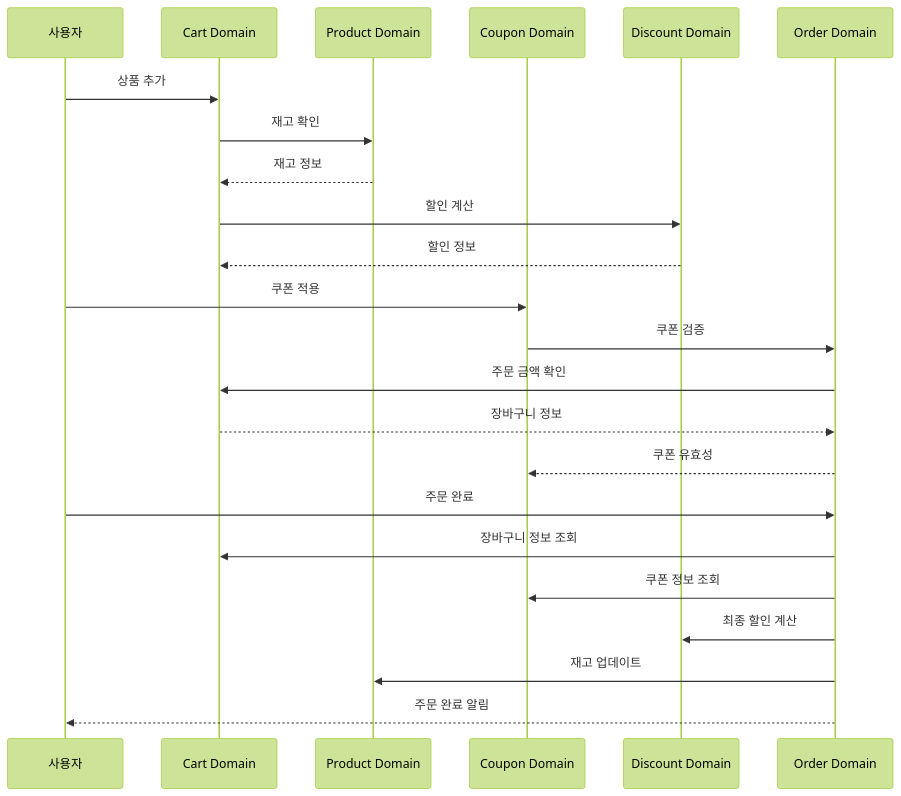
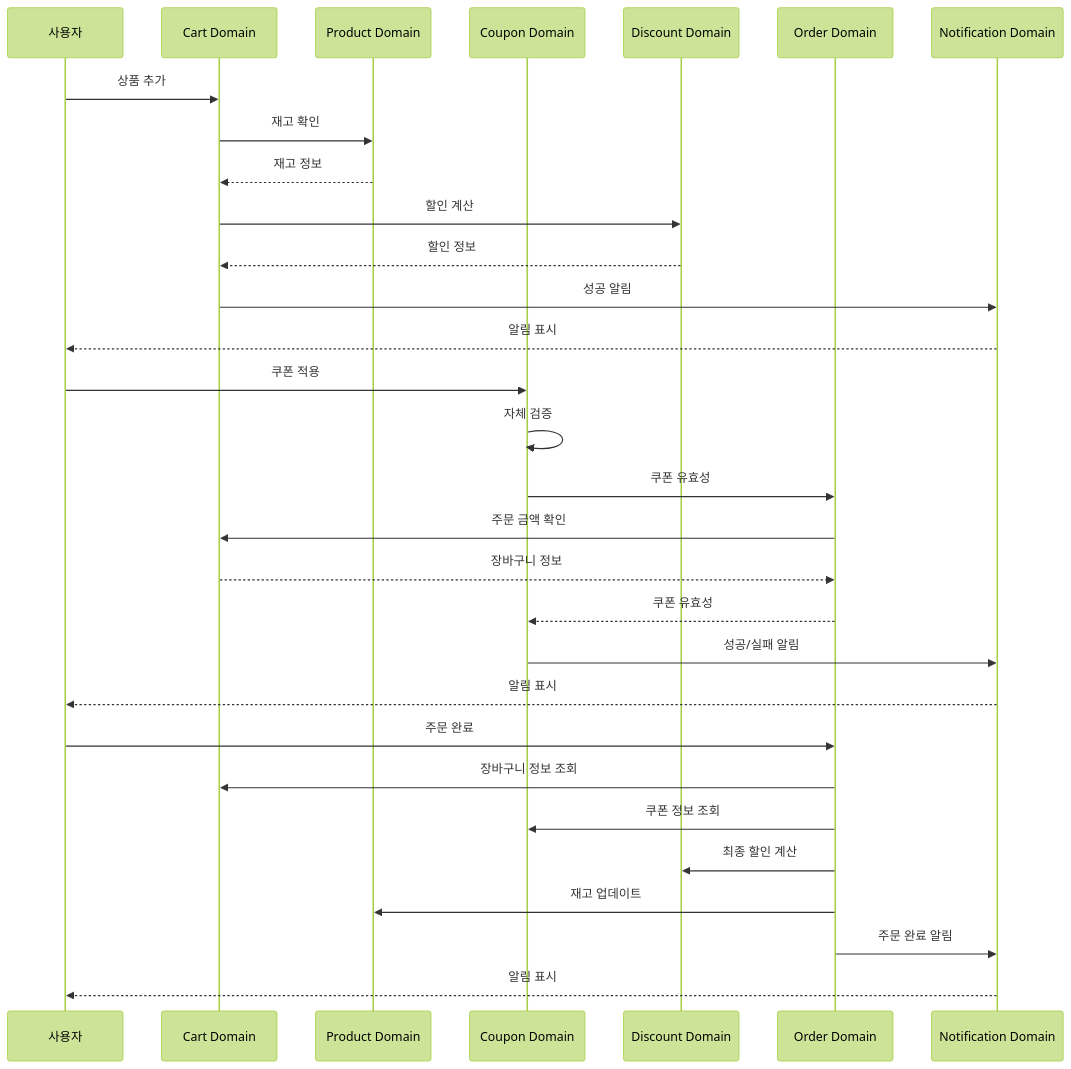
Before and after one commit to BBAK-jun/front_6th_chapter2-2: the second of 4 diagrams in docs/bounded-context-analysis.md, drawn with Mermaid (forest theme). The commit also changed other lines of this file and 1 other file, not shown here.

````diff
--- a/docs/bounded-context-analysis.md
+++ b/docs/bounded-context-analysis.md
@@ -254,25 +306,35 @@
 ```mermaid
 sequenceDiagram
     participant U as 사용자
     participant C as Cart Domain
     participant P as Product Domain
     participant CP as Coupon Domain
     participant D as Discount Domain
     participant O as Order Domain
+    participant N as Notification Domain
+
     U->>C: 상품 추가
     C->>P: 재고 확인
     P-->>C: 재고 정보
     C->>D: 할인 계산
     D-->>C: 할인 정보
+    C->>N: 성공 알림
+    N-->>U: 알림 표시
+
     U->>CP: 쿠폰 적용
-    CP->>O: 쿠폰 검증
+    CP->>CP: 자체 검증
+    CP->>O: 쿠폰 유효성
     O->>C: 주문 금액 확인
     C-->>O: 장바구니 정보
     O-->>CP: 쿠폰 유효성
+    CP->>N: 성공/실패 알림
+    N-->>U: 알림 표시
+
     U->>O: 주문 완료
     O->>C: 장바구니 정보 조회
     O->>CP: 쿠폰 정보 조회
     O->>D: 최종 할인 계산
     O->>P: 재고 업데이트
-    O-->>U: 주문 완료 알림
+    O->>N: 주문 완료 알림
+    N-->>U: 알림 표시
 ```
````
